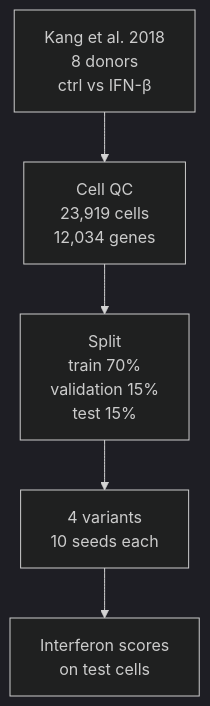
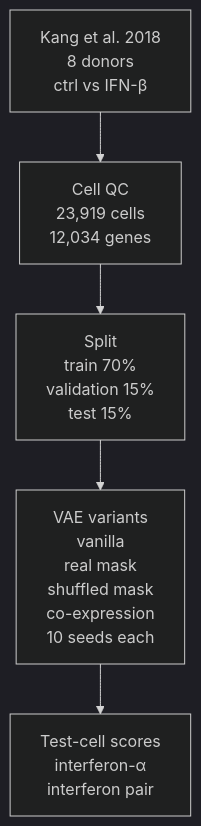
One commit to gmiliarakis/knowledge-or-sparsity-sc-vae changed the diagram in README.md. Above: the diagram before and after it, drawn with Mermaid (dark theme). The commit also changed other lines of this file, not shown here.

Commit message:
Restructure README: background as table and bullets, vanilla VAE, two named interferon scores

````diff
--- a/README.md
+++ b/README.md
@@ -38,7 +40,7 @@
 ```mermaid
 flowchart TB
     A["Kang et al. 2018<br/>8 donors<br/>ctrl vs IFN-β"] --> B["Cell QC<br/>23,919 cells<br/>12,034 genes"]
     B --> C["Split<br/>train 70%<br/>validation 15%<br/>test 15%"]
-    C --> V["4 variants<br/>10 seeds each"]
-    V --> E["Interferon scores<br/>on test cells"]
+    C --> V["VAE variants<br/>vanilla<br/>real mask<br/>shuffled mask<br/>co-expression<br/>10 seeds each"]
+    V --> E["Test-cell scores<br/>interferon-α<br/>interferon pair"]
 ```
````
